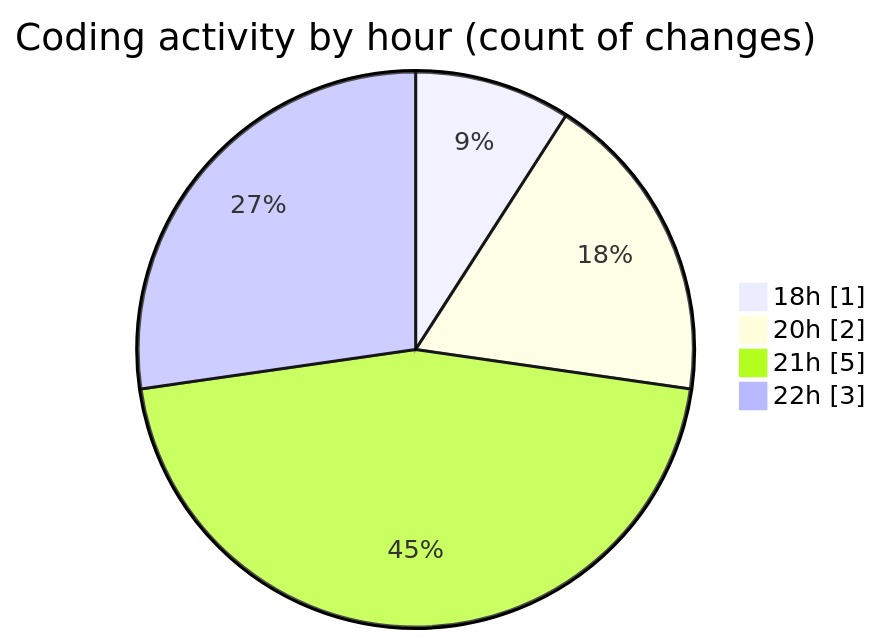
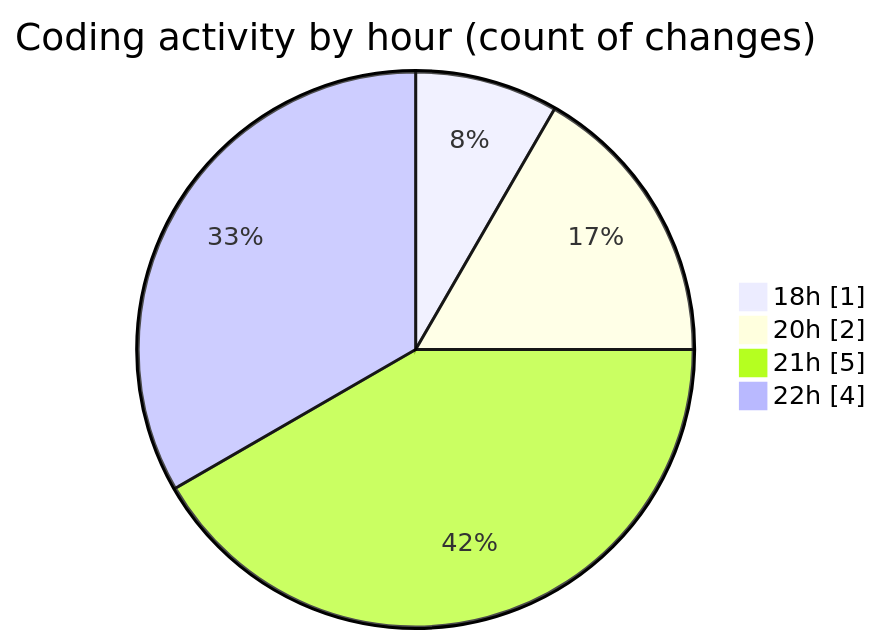
Before and after one commit to NitaiMahat/code-tracking: the second of 2 diagrams in 2025-02-27/project1/README.md, drawn with Mermaid. The commit also changed other lines of this file and 1 other file, not shown here.

````diff
--- a/2025-02-27/project1/README.md
+++ b/2025-02-27/project1/README.md
@@ -29,8 +29,8 @@
 ```mermaid
 pie showData
 title Coding activity by hour (count of changes)
 "18h" : 1
 "20h" : 2
 "21h" : 5
-"22h" : 3
+"22h" : 4
 ```
````
